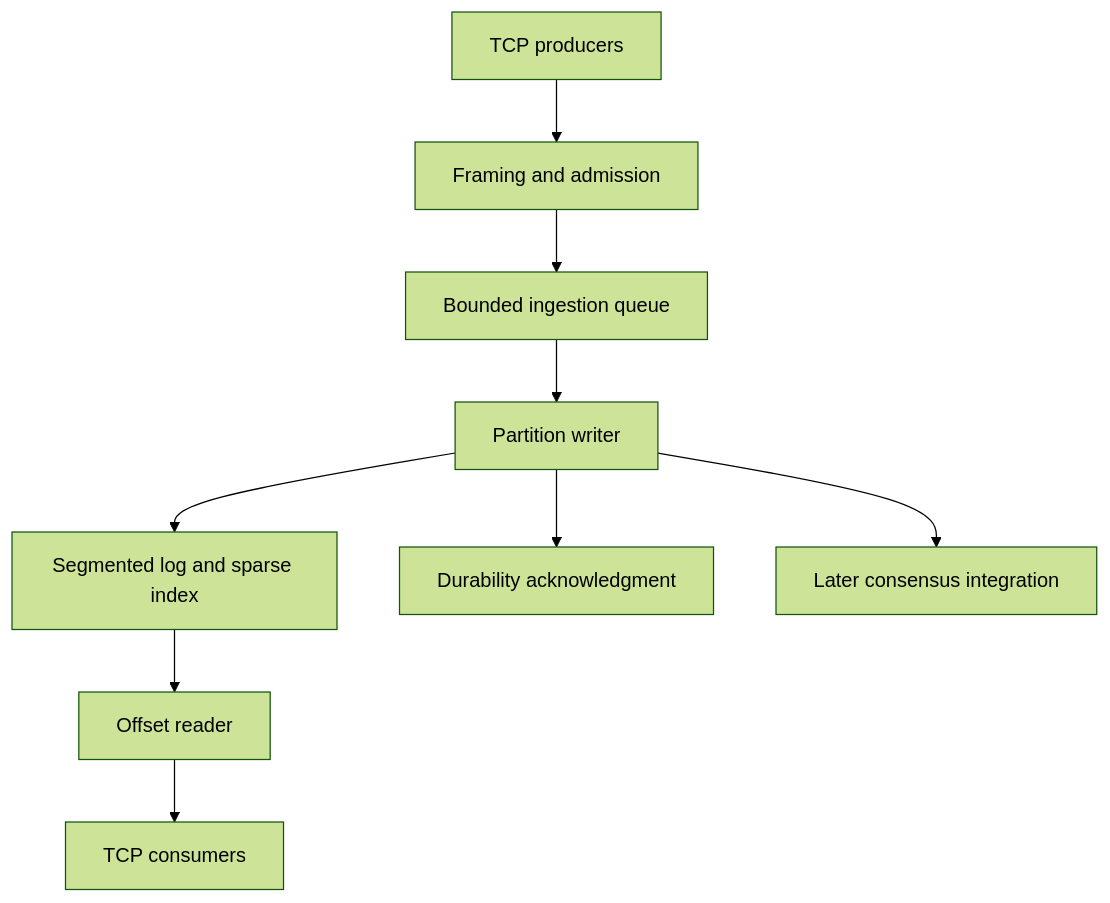
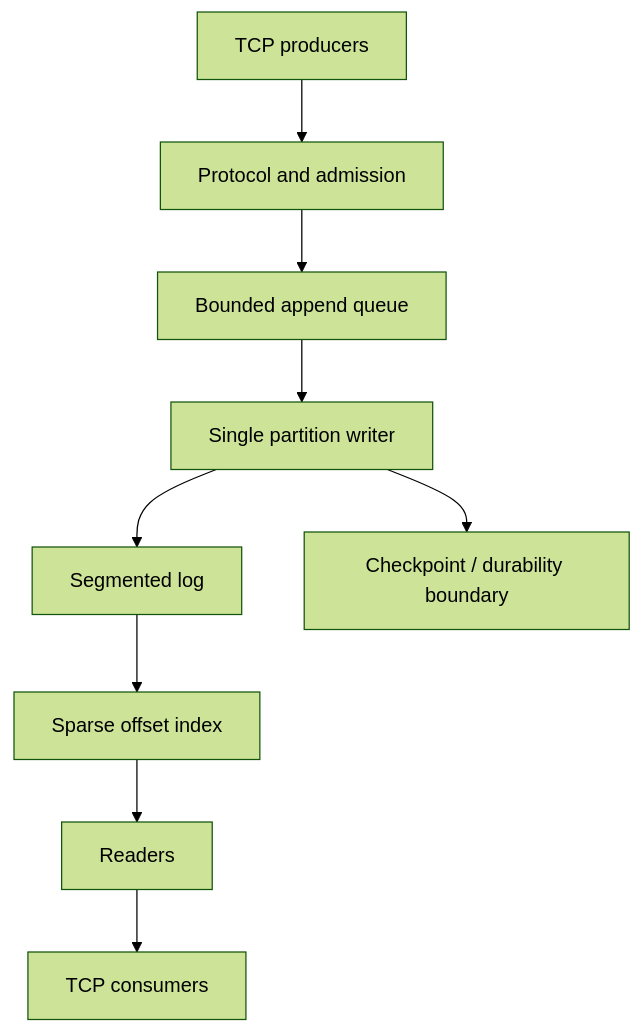
One commit to patil284osu-sys/KubeLog changed the diagram in README.md. Above: the diagram before and after it, drawn with Mermaid (forest theme). The commit also changed other lines of this file, not shown here.

````diff
--- a/README.md
+++ b/README.md
@@ -49,11 +23,11 @@
 ```mermaid
 flowchart TD
-    A[TCP producers] --> B[Framing and admission]
-    B --> C[Bounded ingestion queue]
-    C --> D[Partition writer]
-    D --> E[Segmented log and sparse index]
-    D --> F[Durability acknowledgment]
-    E --> G[Offset reader]
-    G --> H[TCP consumers]
-    D --> I[Later consensus integration]
+    A[TCP producers] --> B[Protocol and admission]
+    B --> C[Bounded append queue]
+    C --> D[Single partition writer]
+    D --> E[Segmented log]
+    D --> F[Checkpoint / durability boundary]
+    E --> G[Sparse offset index]
+    G --> H[Readers]
+    H --> I[TCP consumers]
 ```
````
